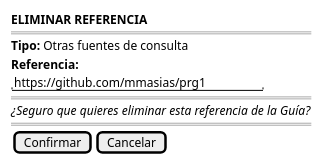
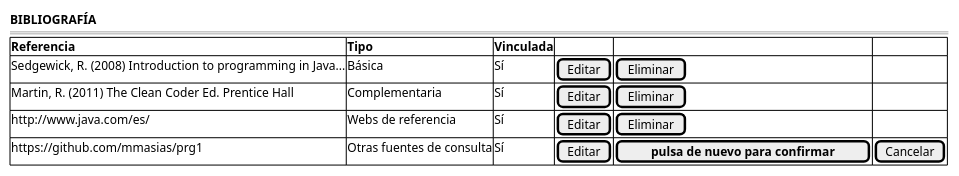
The diagram in RUP/01-requisitos/03-detalle-casos-uso/eliminarReferenciaBibliografica/wireframes.puml (mmasias/pyCeldaPublico), drawn with PlantUML before and after one commit. The commit also changed 42 other files, not shown here.

```diff
--- a/RUP/01-requisitos/03-detalle-casos-uso/eliminarReferenciaBibliografica/wireframes.puml
+++ b/RUP/01-requisitos/03-detalle-casos-uso/eliminarReferenciaBibliografica/wireframes.puml
@@ -1,13 +1,13 @@
 @startsalt eliminarReferenciaBibliografica-wireframe
 {
-    <b>ELIMINAR REFERENCIA</b>
+    <b>BIBLIOGRAFÍA</b>
     ====
-    <b>Tipo:</b> Otras fuentes de consulta
-    <b>Referencia:</b>
-    "https://github.com/mmasias/prg1"
-    ====
-    <i>¿Seguro que quieres eliminar esta referencia de la Guía?</i>
-    ====
-    {[Confirmar] | [Cancelar]}
+    {#
+        <b>Referencia | <b>Tipo | <b>Vinculada | . | . | .
+        Sedgewick, R. (2008) Introduction to programming in Java... | Básica | Sí | [Editar] | [Eliminar] | .
+        Martin, R. (2011) The Clean Coder Ed. Prentice Hall | Complementaria | Sí | [Editar] | [Eliminar] | .
+        http://www.java.com/es/ | Webs de referencia | Sí | [Editar] | [Eliminar] | .
+        https://github.com/mmasias/prg1 | Otras fuentes de consulta | Sí | [Editar] | [ <b>pulsa de nuevo para confirmar</b> ] | [Cancelar]
+    }
 }
 @endsalt
```
